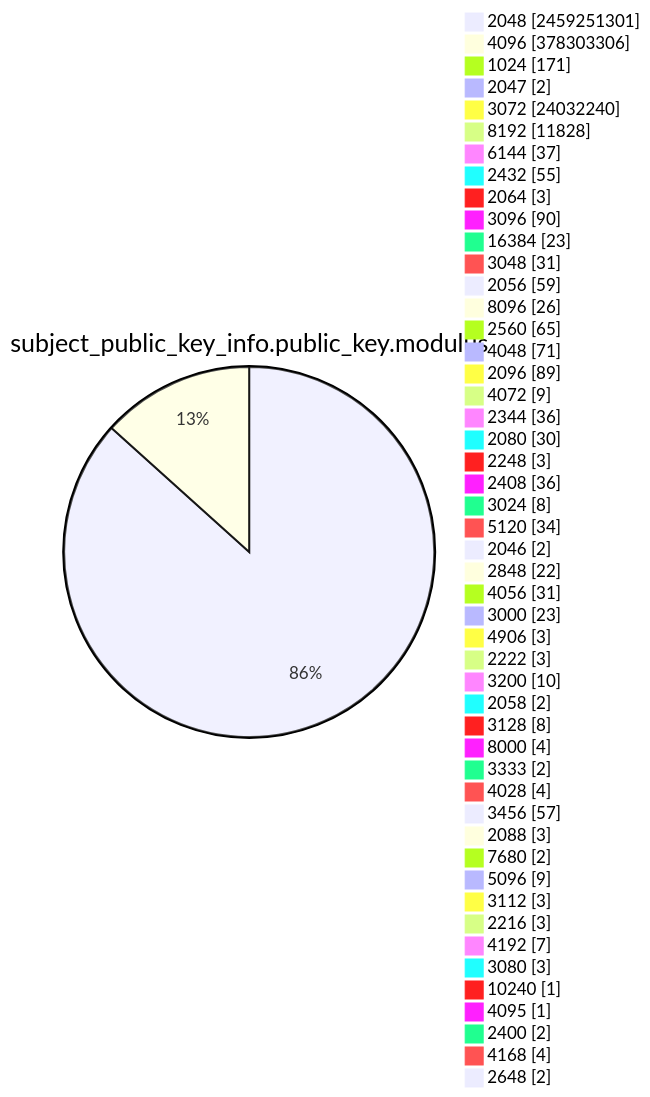
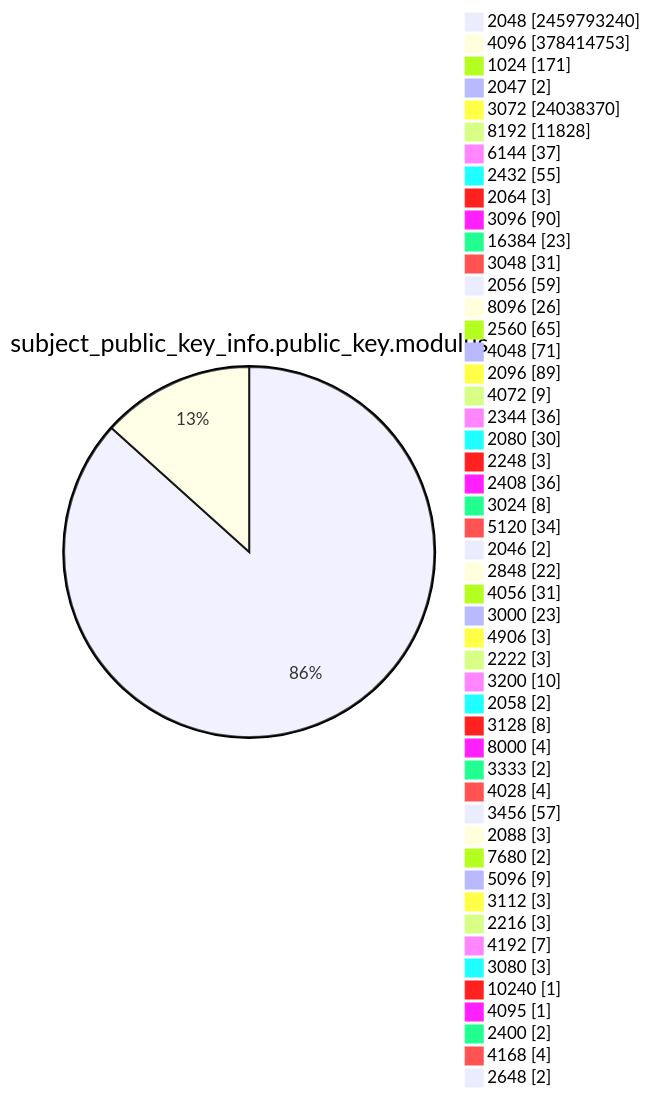
One commit to christiankrug/ctmonitor_visualization changed diagram 13 of 15 in TOTAL/README.md. Above: the diagram before and after it, drawn with Mermaid. The commit also changed other lines of this file, not shown here.

````diff
--- a/TOTAL/README.md
+++ b/TOTAL/README.md
@@ -4168,53 +4168,53 @@
 ```mermaid
 pie showData
 title subject_public_key_info.public_key.modulus
-"2048" :2459251301
-"4096" :378303306
+"2048" :2459793240
+"4096" :378414753
 "1024" :171
 "2047" :2
-"3072" :24032240
+"3072" :24038370
 "8192" :11828
 "6144" :37
 "2432" :55
 "2064" :3
 "3096" :90
 "16384" :23
 "3048" :31
 "2056" :59
 "8096" :26
 "2560" :65
 "4048" :71
 "2096" :89
 "4072" :9
 "2344" :36
 "2080" :30
 "2248" :3
 "2408" :36
 "3024" :8
 "5120" :34
 "2046" :2
 "2848" :22
 "4056" :31
 "3000" :23
 "4906" :3
 "2222" :3
 "3200" :10
 "2058" :2
 "3128" :8
 "8000" :4
 "3333" :2
 "4028" :4
 "3456" :57
 "2088" :3
 "7680" :2
 "5096" :9
 "3112" :3
 "2216" :3
 "4192" :7
 "3080" :3
 "10240" :1
 "4095" :1
 "2400" :2
 "4168" :4
 "2648" :2
 ```
````
